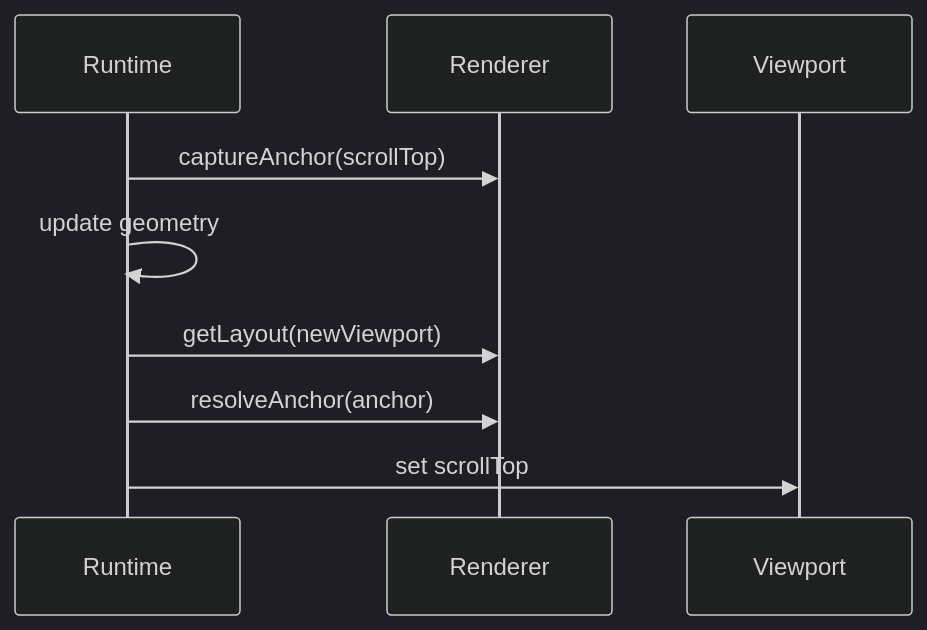
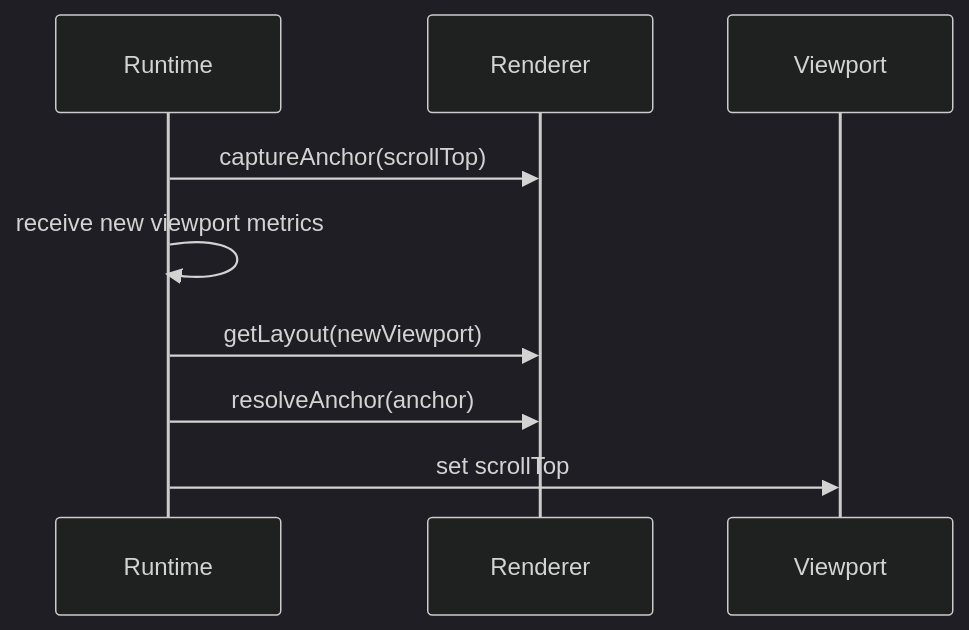
Before and after one commit to retab-dev/retab-ui: diagram 13 of 27 in design/universal-file-viewer-greenfield-blueprint.md, drawn with Mermaid (dark theme). The commit also changed other lines of this file and 209 other files, not shown here.

````diff
--- a/design/universal-file-viewer-greenfield-blueprint.md
+++ b/design/universal-file-viewer-greenfield-blueprint.md
@@ -494,12 +504,12 @@
 ```mermaid
 sequenceDiagram
   participant Runtime
   participant Renderer
   participant Viewport
 
   Runtime->>Renderer: captureAnchor(scrollTop)
-  Runtime->>Runtime: update geometry
+  Runtime->>Runtime: receive new viewport metrics
   Runtime->>Renderer: getLayout(newViewport)
   Runtime->>Renderer: resolveAnchor(anchor)
   Runtime->>Viewport: set scrollTop
 ```
````
